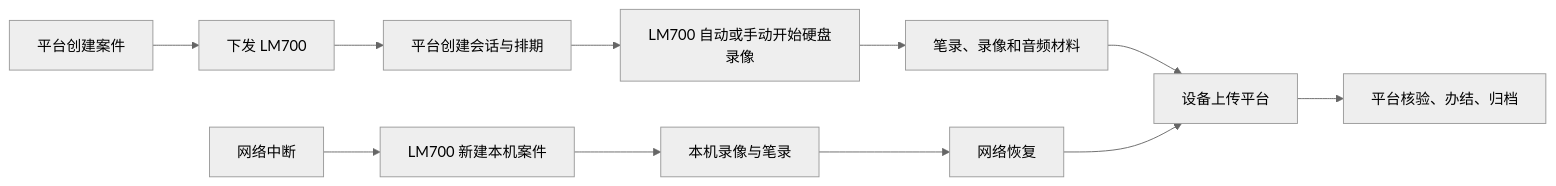
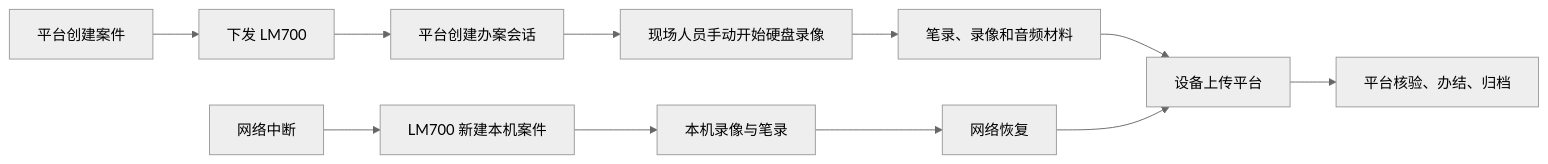
One commit to andycbai2024/gsapp changed the diagram in 平台端与LM700离线办案操作手册.md. Above: the diagram before and after it, drawn with Mermaid (neutral theme). The commit also changed other lines of this file and 6 other files, not shown here.

````diff
--- a/平台端与LM700离线办案操作手册.md
+++ b/平台端与LM700离线办案操作手册.md
@@ -15,14 +15,14 @@
 ```mermaid
 flowchart LR
     A[平台创建案件] --> B[下发 LM700]
-    B --> C[平台创建会话与排期]
-    C --> D[LM700 自动或手动开始硬盘录像]
+    B --> C[平台创建办案会话]
+    C --> D[现场人员手动开始硬盘录像]
     D --> E[笔录、录像和音频材料]
     E --> F[设备上传平台]
     F --> G[平台核验、办结、归档]
 
     H[网络中断] --> I[LM700 新建本机案件]
     I --> J[本机录像与笔录]
     J --> K[网络恢复]
     K --> F
 ```
````
